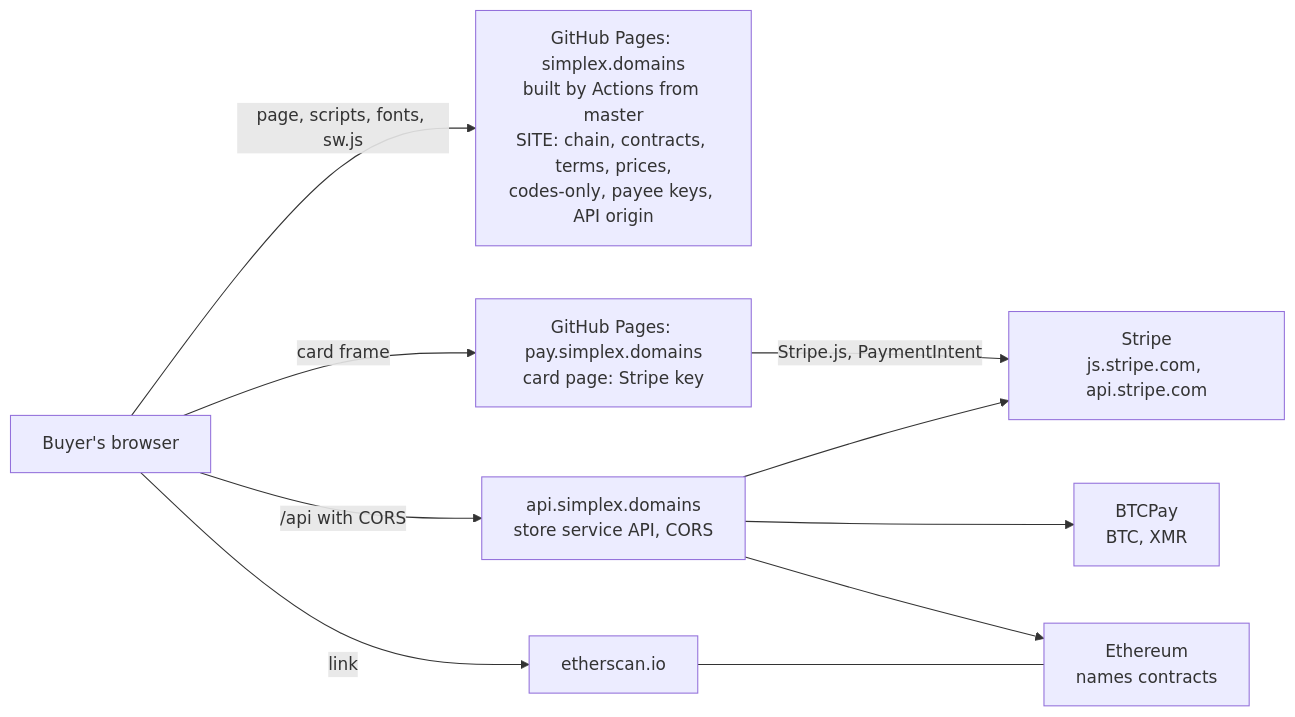
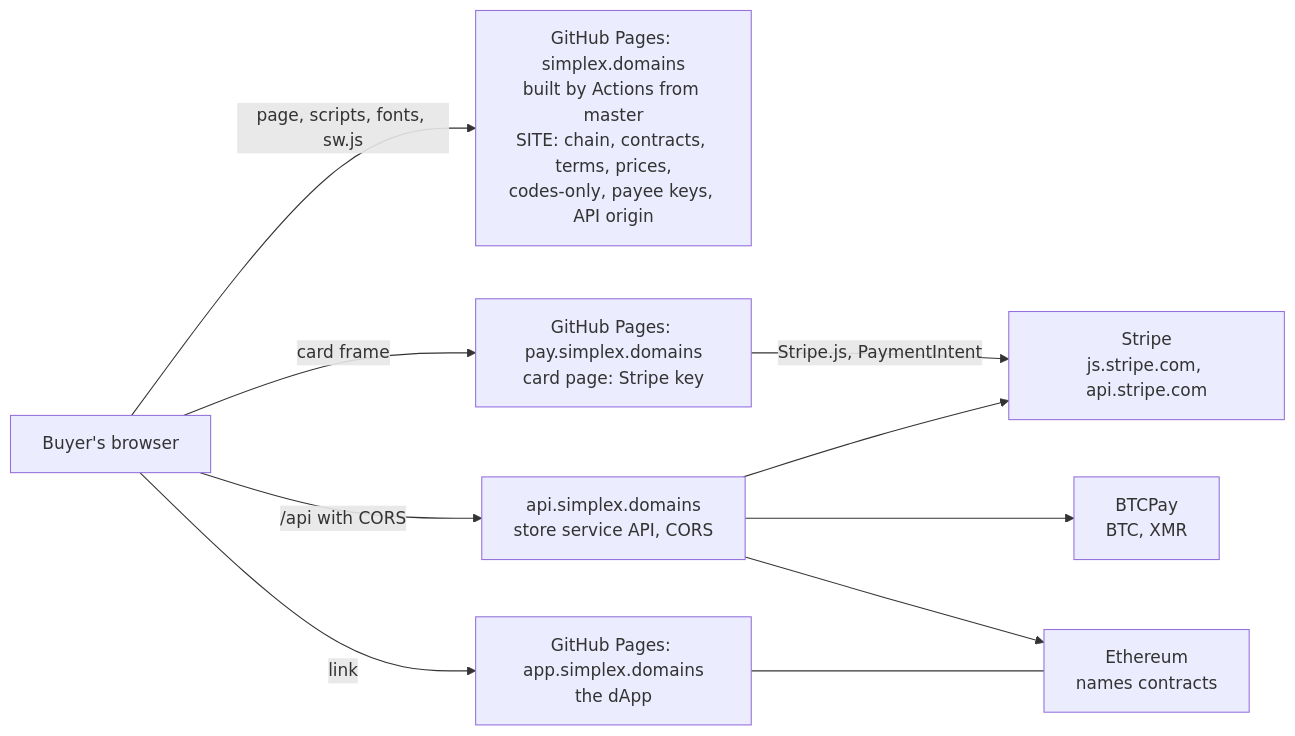
One commit to simplex-chat/simplex-chat changed the eighth of 10 diagrams in plans/2026-11-25-names-hardening.md. Above: the diagram before and after it, drawn with Mermaid. The commit also changed other lines of this file and 1 other file, not shown here.

Commit message:
docs: the name address links to the dApp, Etherscan opened directly

````diff
--- a/plans/2026-11-25-names-hardening.md
+++ b/plans/2026-11-25-names-hardening.md
@@ -538,20 +538,20 @@
 ```mermaid
 flowchart LR
   B[Buyer's browser]
   G["GitHub Pages: simplex.domains<br/>built by Actions from master<br/>SITE: chain, contracts, terms, prices,<br/>codes-only, payee keys, API origin"]
   Q["GitHub Pages: pay.simplex.domains<br/>card page: Stripe key"]
   A["api.simplex.domains<br/>store service API, CORS"]
   T["Stripe<br/>js.stripe.com, api.stripe.com"]
   V["BTCPay<br/>BTC, XMR"]
   E["Ethereum<br/>names contracts"]
-  X[etherscan.io]
+  X["GitHub Pages: app.simplex.domains<br/>the dApp"]
   B -->|page, scripts, fonts, sw.js| G
   B -->|card frame| Q
   B -->|/api with CORS| A
   Q -->|Stripe.js, PaymentIntent| T
   B -->|link| X
   A --> V
   A --> T
   A --> E
   X --- E
 ```
````
